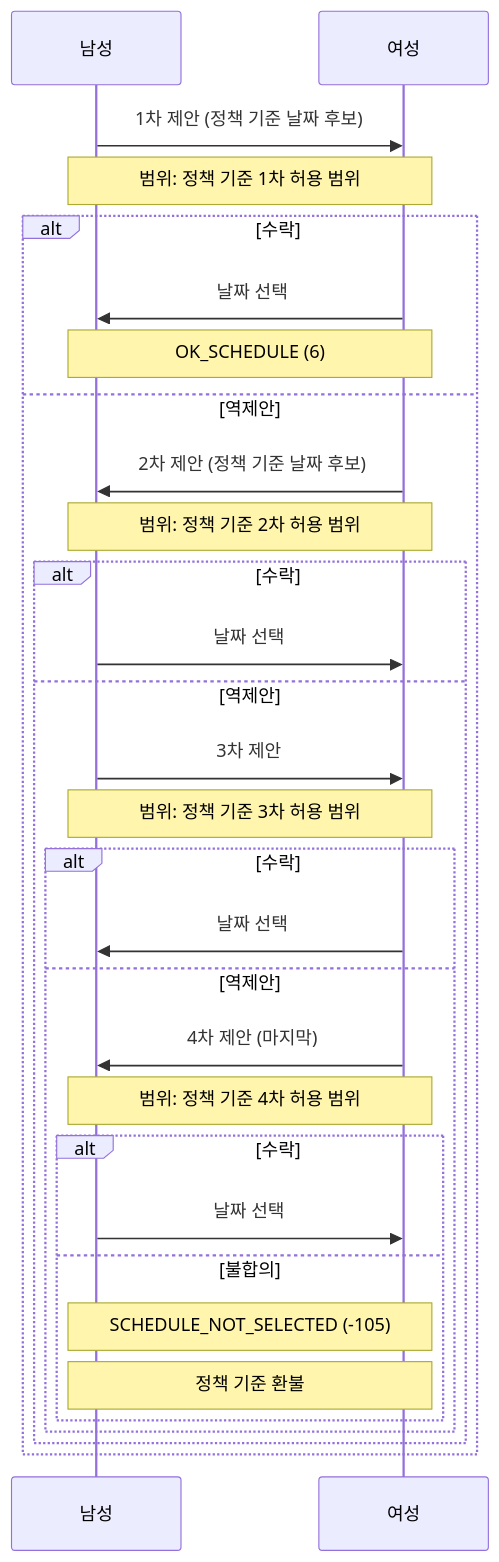
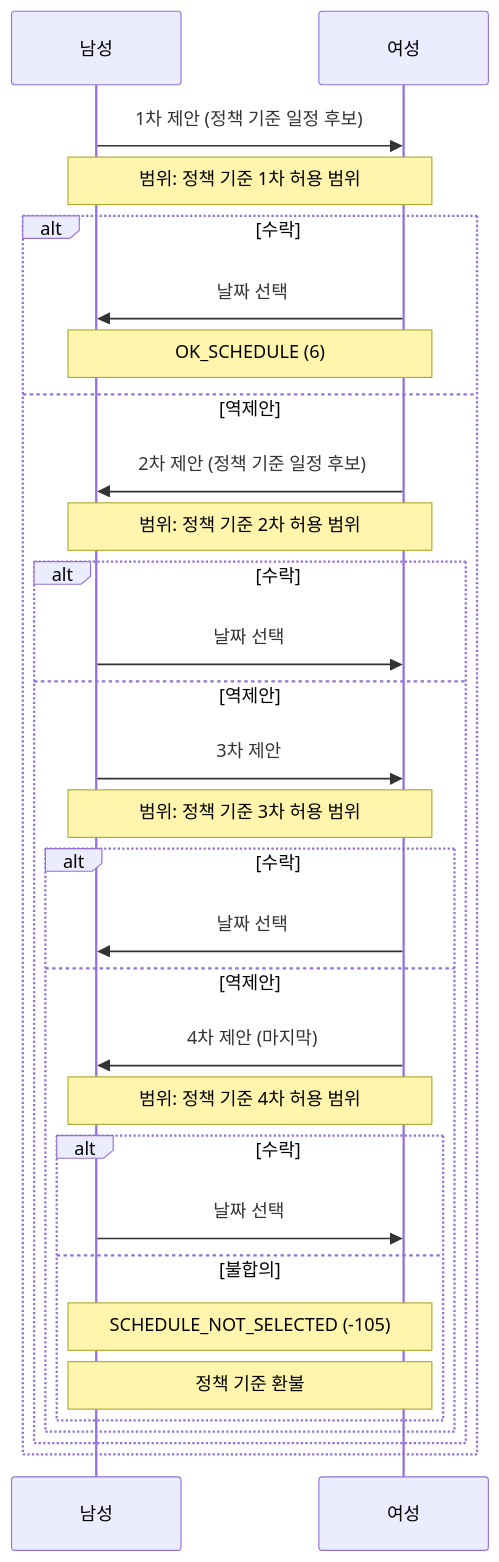
Before and after one commit to coupler-developer/docs: the diagram in content/architecture/matching-schedule-algorithm.md, drawn with Mermaid. The commit also changed other lines of this file and 1 other file, not shown here.

````diff
--- a/content/architecture/matching-schedule-algorithm.md
+++ b/content/architecture/matching-schedule-algorithm.md
@@ -44,37 +46,37 @@
 ```mermaid
 sequenceDiagram
     participant M as 남성
     participant F as 여성
 
-    M->>F: 1차 제안 (정책 기준 날짜 후보)
+    M->>F: 1차 제안 (정책 기준 일정 후보)
     Note over M,F: 범위: 정책 기준 1차 허용 범위
 
     alt 수락
         F->>M: 날짜 선택
         Note over M,F: OK_SCHEDULE (6)
     else 역제안
-        F->>M: 2차 제안 (정책 기준 날짜 후보)
+        F->>M: 2차 제안 (정책 기준 일정 후보)
         Note over M,F: 범위: 정책 기준 2차 허용 범위
 
         alt 수락
             M->>F: 날짜 선택
         else 역제안
             M->>F: 3차 제안
             Note over M,F: 범위: 정책 기준 3차 허용 범위
 
             alt 수락
                 F->>M: 날짜 선택
             else 역제안
                 F->>M: 4차 제안 (마지막)
                 Note over M,F: 범위: 정책 기준 4차 허용 범위
 
                 alt 수락
                     M->>F: 날짜 선택
                 else 불합의
                     Note over M,F: SCHEDULE_NOT_SELECTED (-105)
                     Note over M,F: 정책 기준 환불
                 end
             end
         end
     end
 ```
````
